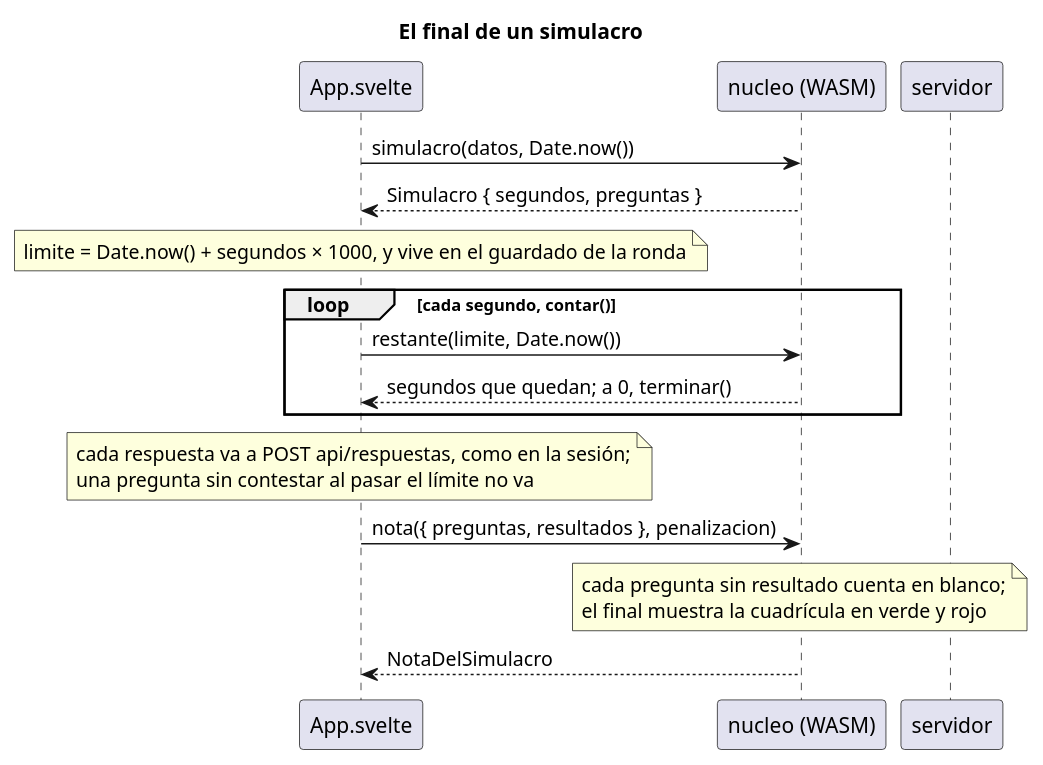
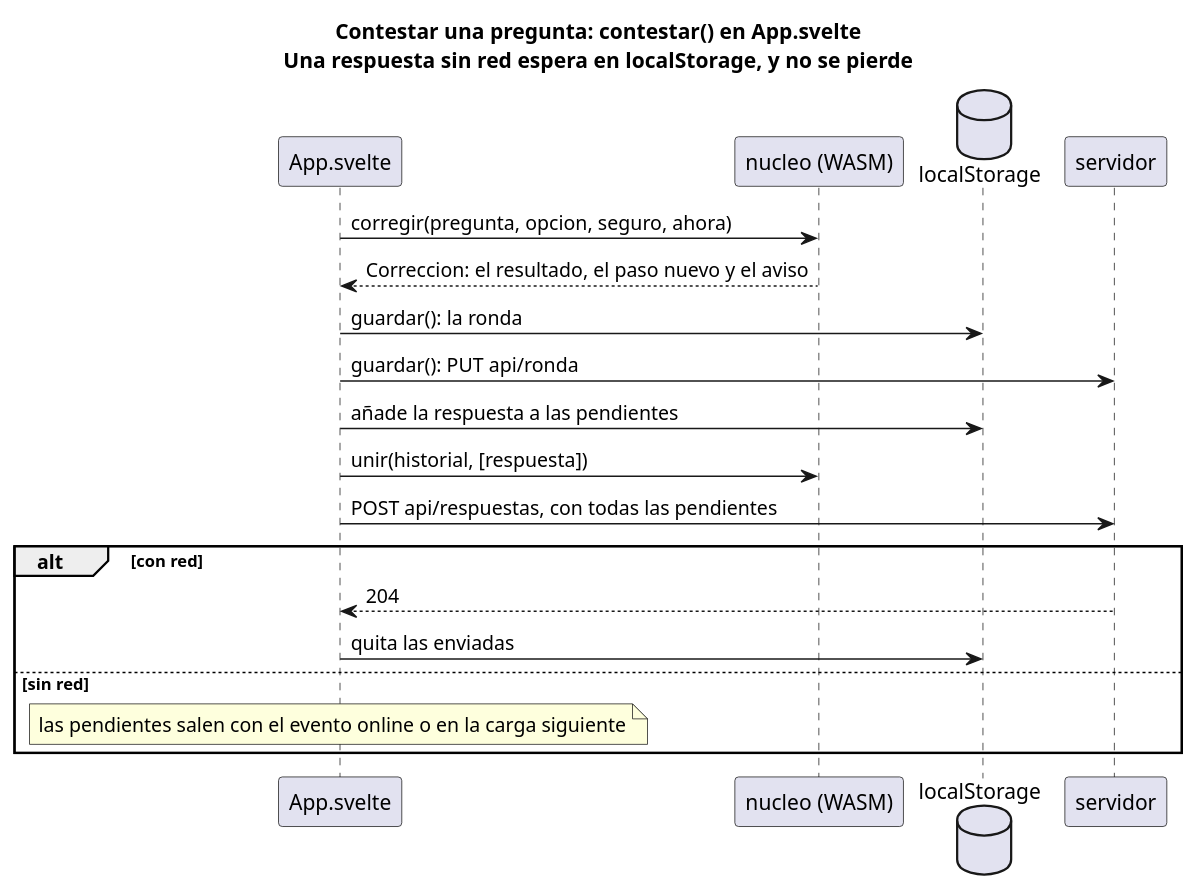
One commit to jfdg01/examenes changed the eighth of 8 diagrams in docs/el-diagrama.puml. Above: the diagram before and after it, drawn with PlantUML. The commit also changed other lines of this file, not shown here.

First line of the commit message:
chore: el diagrama sigue el modelo C4

```diff
--- a/docs/el-diagrama.puml
+++ b/docs/el-diagrama.puml
@@ -491,20 +227,23 @@
-@startuml el-final-de-un-simulacro
+@startuml contestar-una-pregunta
 skinparam shadowing false
-title El final de un simulacro
+title Contestar una pregunta: contestar() en App.svelte\nUna respuesta sin red espera en localStorage, y no se pierde
 
 participant "App.svelte" as App
 participant "nucleo (WASM)" as N
+database localStorage as L
 participant servidor as S
 
-App -> N : simulacro(datos, Date.now())
-N --> App : Simulacro { segundos, preguntas }
-note over App : limite = Date.now() + segundos × 1000, y vive en el guardado de la ronda
-loop cada segundo, contar()
-  App -> N : restante(limite, Date.now())
-  N --> App : segundos que quedan; a 0, terminar()
+App -> N : corregir(pregunta, opcion, seguro, ahora)
+N --> App : Correccion: el resultado, el paso nuevo y el aviso
+App -> L : guardar(): la ronda
+App -> S : guardar(): PUT api/ronda
+App -> L : añade la respuesta a las pendientes
+App -> N : unir(historial, [respuesta])
+App -> S : POST api/respuestas, con todas las pendientes
+alt con red
+  S --> App : 204
+  App -> L : quita las enviadas
+else sin red
+  note over App : las pendientes salen con el evento online o en la carga siguiente
 end
-note over App : cada respuesta va a POST api/respuestas, como en la sesión;\nuna pregunta sin contestar al pasar el límite no va
-App -> N : nota({ preguntas, resultados }, penalizacion)
-note over N : cada pregunta sin resultado cuenta en blanco;\nel final muestra la cuadrícula en verde y rojo
-N --> App : NotaDelSimulacro
 @enduml
```
